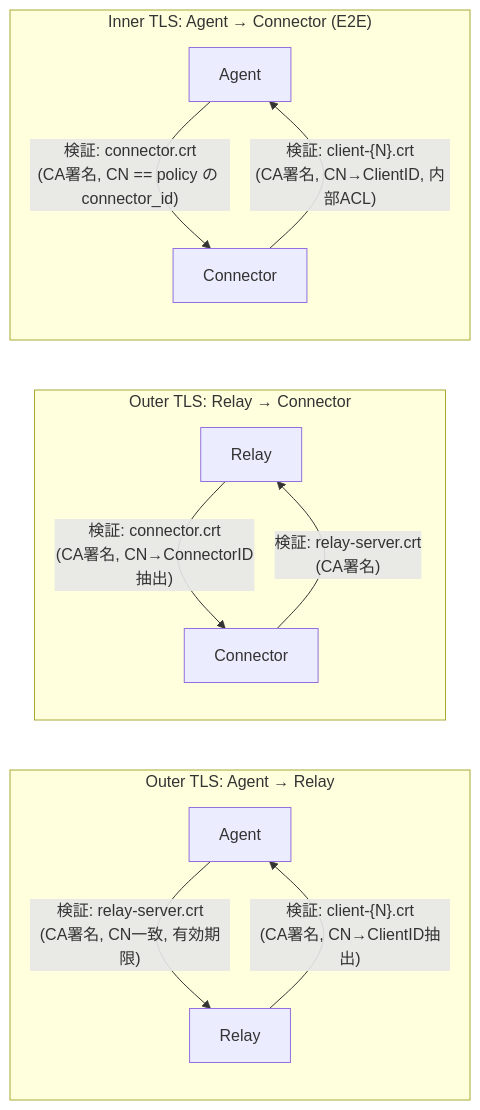
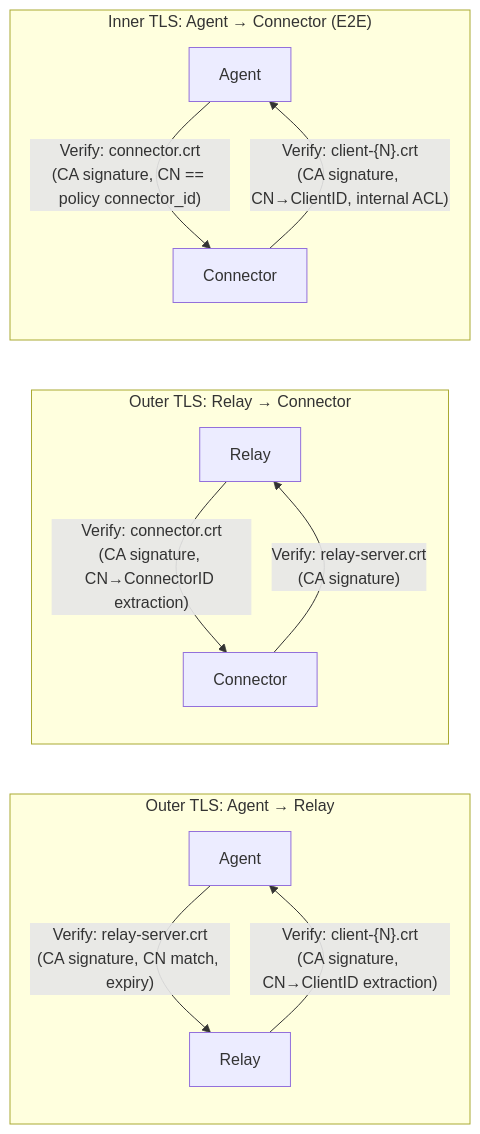
One commit to guni1192/zgate changed the fifth of 9 diagrams in .claude/plans/e2e-encryption-design.md. Above: the diagram before and after it, drawn with Mermaid. The commit also changed other lines of this file, not shown here.

````diff
--- a/.claude/plans/e2e-encryption-design.md
+++ b/.claude/plans/e2e-encryption-design.md
@@ -210,17 +210,17 @@
 ```mermaid
 graph LR
     subgraph "Outer TLS: Agent → Relay"
-        A1["Agent"] -->|"検証: relay-server.crt<br/>(CA署名, CN一致, 有効期限)"| R1["Relay"]
-        R1 -->|"検証: client-{N}.crt<br/>(CA署名, CN→ClientID抽出)"| A1
+        A1["Agent"] -->|"Verify: relay-server.crt<br/>(CA signature, CN match, expiry)"| R1["Relay"]
+        R1 -->|"Verify: client-{N}.crt<br/>(CA signature, CN→ClientID extraction)"| A1
     end
 
     subgraph "Outer TLS: Relay → Connector"
-        R2["Relay"] -->|"検証: connector.crt<br/>(CA署名, CN→ConnectorID抽出)"| C1["Connector"]
-        C1 -->|"検証: relay-server.crt<br/>(CA署名)"| R2
+        R2["Relay"] -->|"Verify: connector.crt<br/>(CA signature, CN→ConnectorID extraction)"| C1["Connector"]
+        C1 -->|"Verify: relay-server.crt<br/>(CA signature)"| R2
     end
 
     subgraph "Inner TLS: Agent → Connector (E2E)"
-        A2["Agent"] -->|"検証: connector.crt<br/>(CA署名, CN == policy の connector_id)"| C2["Connector"]
-        C2 -->|"検証: client-{N}.crt<br/>(CA署名, CN→ClientID, 内部ACL)"| A2
+        A2["Agent"] -->|"Verify: connector.crt<br/>(CA signature, CN == policy connector_id)"| C2["Connector"]
+        C2 -->|"Verify: client-{N}.crt<br/>(CA signature, CN→ClientID, internal ACL)"| A2
     end
 ```
````
